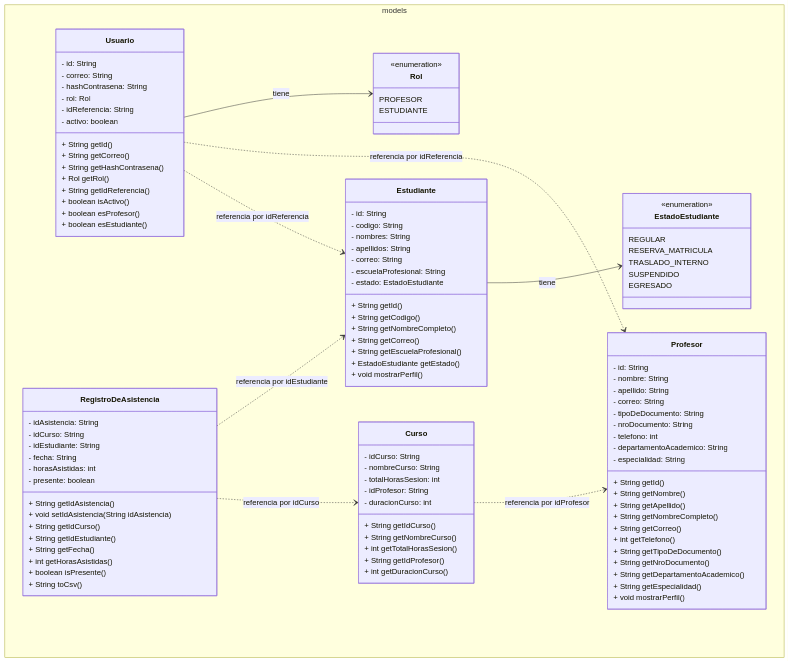
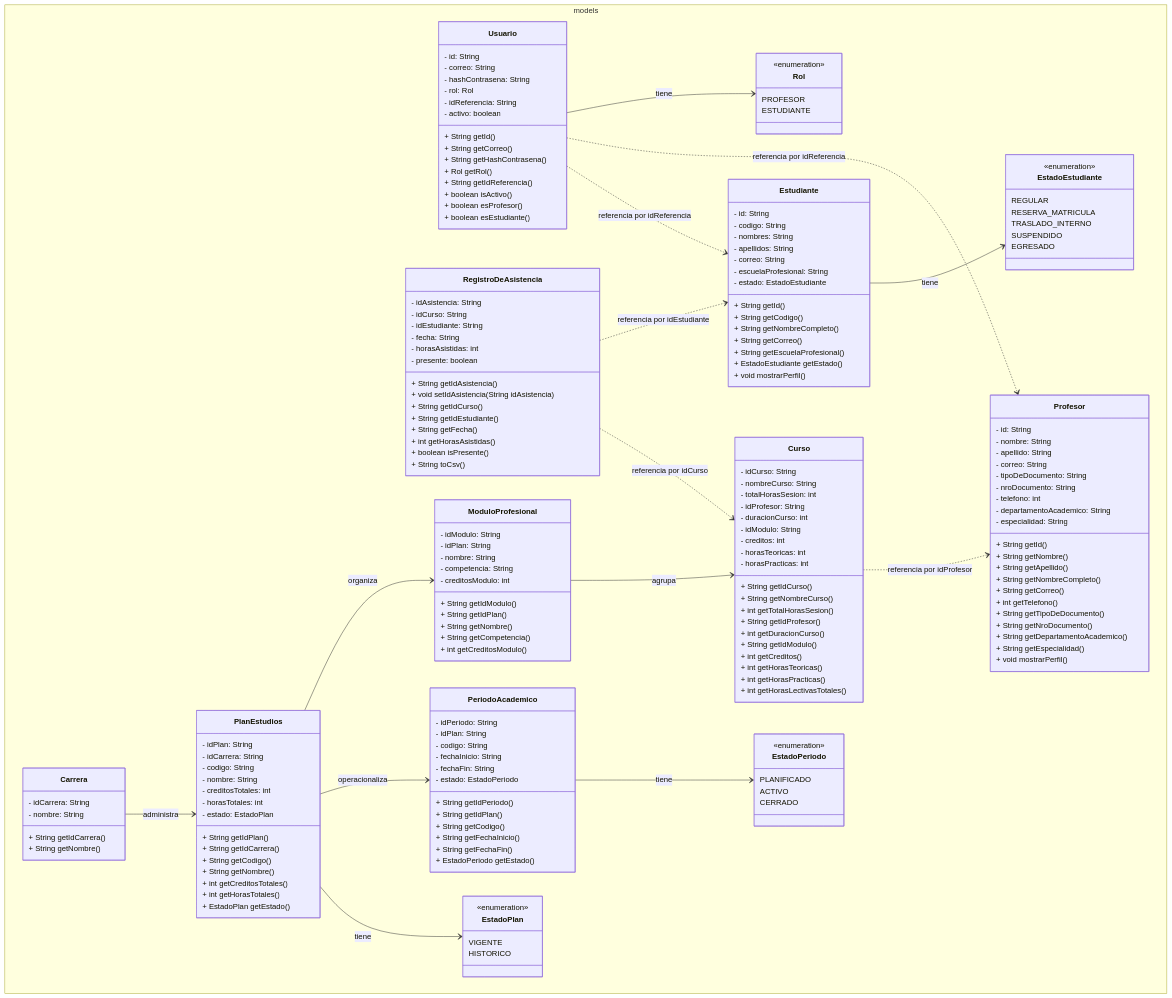
Before and after one commit to Aireck2/take-attendance-java: the diagram in docs/models/Models.mmd, drawn with Mermaid. The commit also changed 24 other files, not shown here.

```diff
--- a/docs/models/Models.mmd
+++ b/docs/models/Models.mmd
@@ -1,109 +1,183 @@
 classDiagram
     namespace models{
         class EstadoEstudiante {
             <<enumeration>>
             REGULAR
             RESERVA_MATRICULA
             TRASLADO_INTERNO
             SUSPENDIDO
             EGRESADO
         }
         class Rol {
             <<enumeration>>
             PROFESOR
             ESTUDIANTE
         }
+        class EstadoPlan {
+            <<enumeration>>
+            VIGENTE
+            HISTORICO
+        }
+        class EstadoPeriodo {
+            <<enumeration>>
+            PLANIFICADO
+            ACTIVO
+            CERRADO
+        }
         class Curso {
             - idCurso: String 
             - nombreCurso: String 
             - totalHorasSesion: int
             - idProfesor: String
             - duracionCurso: int
+            - idModulo: String
+            - creditos: int
+            - horasTeoricas: int
+            - horasPracticas: int
     
             + String getIdCurso()
             + String getNombreCurso()
             + int getTotalHorasSesion()
             + String getIdProfesor()
             + int getDuracionCurso()
+            + String getIdModulo()
+            + int getCreditos()
+            + int getHorasTeoricas()
+            + int getHorasPracticas()
+            + int getHorasLectivasTotales()
+        }
+        class Carrera {
+            - idCarrera: String
+            - nombre: String
+            + String getIdCarrera()
+            + String getNombre()
+        }
+        class PlanEstudios {
+            - idPlan: String
+            - idCarrera: String
+            - codigo: String
+            - nombre: String
+            - creditosTotales: int
+            - horasTotales: int
+            - estado: EstadoPlan
+            + String getIdPlan()
+            + String getIdCarrera()
+            + String getCodigo()
+            + String getNombre()
+            + int getCreditosTotales()
+            + int getHorasTotales()
+            + EstadoPlan getEstado()
+        }
+        class ModuloProfesional {
+            - idModulo: String
+            - idPlan: String
+            - nombre: String
+            - competencia: String
+            - creditosModulo: int
+            + String getIdModulo()
+            + String getIdPlan()
+            + String getNombre()
+            + String getCompetencia()
+            + int getCreditosModulo()
+        }
+        class PeriodoAcademico {
+            - idPeriodo: String
+            - idPlan: String
+            - codigo: String
+            - fechaInicio: String
+            - fechaFin: String
+            - estado: EstadoPeriodo
+            + String getIdPeriodo()
+            + String getIdPlan()
+            + String getCodigo()
+            + String getFechaInicio()
+            + String getFechaFin()
+            + EstadoPeriodo getEstado()
         }
        class Profesor {
             - id: String
             - nombre: String
             - apellido: String
             - correo: String
             - tipoDeDocumento: String
             - nroDocumento: String
             - telefono: int
             - departamentoAcademico: String
             - especialidad: String
             + String getId()
             + String getNombre()
             + String getApellido()
             + String getNombreCompleto()
             + String getCorreo()
             + int getTelefono()
             + String getTipoDeDocumento()
             + String getNroDocumento()
             + String getDepartamentoAcademico()
             + String getEspecialidad()
             + void mostrarPerfil()
         }
         class Estudiante {
             - id: String
             - codigo: String
             - nombres: String
             - apellidos: String
             - correo: String
             - escuelaProfesional: String
             - estado: EstadoEstudiante
             + String getId()
             + String getCodigo()
             + String getNombreCompleto()
             + String getCorreo()
             + String getEscuelaProfesional()
             + EstadoEstudiante getEstado()
             + void mostrarPerfil()
         }
 
         class Usuario {
             - id: String
             - correo: String
             - hashContrasena: String
             - rol: Rol
             - idReferencia: String
             - activo: boolean
             + String getId()
             + String getCorreo()
             + String getHashContrasena()
             + Rol getRol()
             + String getIdReferencia()
             + boolean isActivo()
             + boolean esProfesor()
             + boolean esEstudiante()
         }
 
         class RegistroDeAsistencia {
             - idAsistencia: String
             - idCurso: String
             - idEstudiante: String
             - fecha: String
             - horasAsistidas: int
             - presente: boolean
             + String getIdAsistencia()
             + void setIdAsistencia(String idAsistencia)
             + String getIdCurso()
             + String getIdEstudiante()
             + String getFecha()
             + int getHorasAsistidas()
             + boolean isPresente()
             + String toCsv()
         }
     }
 
     Estudiante --> EstadoEstudiante : tiene
     Usuario --> Rol : tiene
     Usuario ..> Profesor : referencia por idReferencia
     Usuario ..> Estudiante : referencia por idReferencia
     Curso ..> Profesor : referencia por idProfesor
     RegistroDeAsistencia ..> Estudiante : referencia por idEstudiante
     RegistroDeAsistencia ..> Curso : referencia por idCurso
+    Carrera --> PlanEstudios : administra
+    PlanEstudios --> ModuloProfesional : organiza
+    PlanEstudios --> PeriodoAcademico : operacionaliza
+    ModuloProfesional --> Curso : agrupa
+    PlanEstudios --> EstadoPlan : tiene
+    PeriodoAcademico --> EstadoPeriodo : tiene
```
